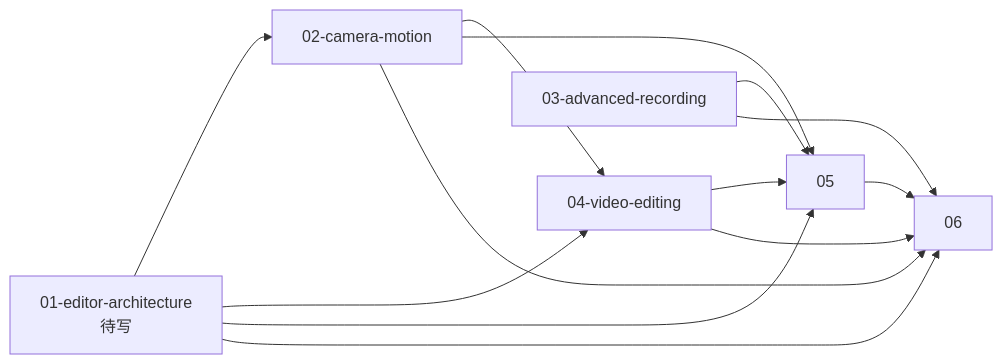
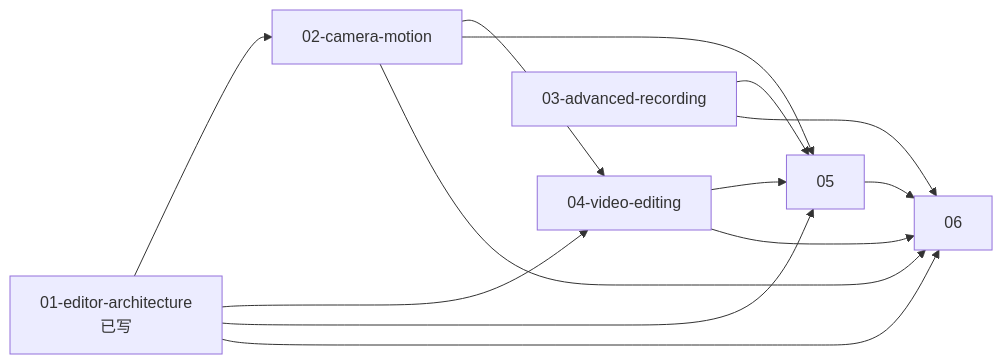
One commit to Unny984/Playback changed the diagram in docs/refactor/README.md. Above: the diagram before and after it, drawn with Mermaid. The commit also changed other lines of this file and 3 other files, not shown here.

First line of the commit message:
docs(refactor): update architecture doc and add iconfont defines

````diff
--- a/docs/refactor/README.md
+++ b/docs/refactor/README.md
@@ -18,15 +18,15 @@
 ```mermaid
 flowchart LR
-    01[01-editor-architecture<br/>待写] --> 02
+    01[01-editor-architecture<br/>已写] --> 02
     01 --> 04
     01 --> 05
     02[02-camera-motion] --> 04
     02 --> 05
     03[03-advanced-recording] --> 05
     04[04-video-editing] --> 05
     02 --> 06
     03 --> 06
     04 --> 06
     05 --> 06
     01 --> 06
 ```
````
